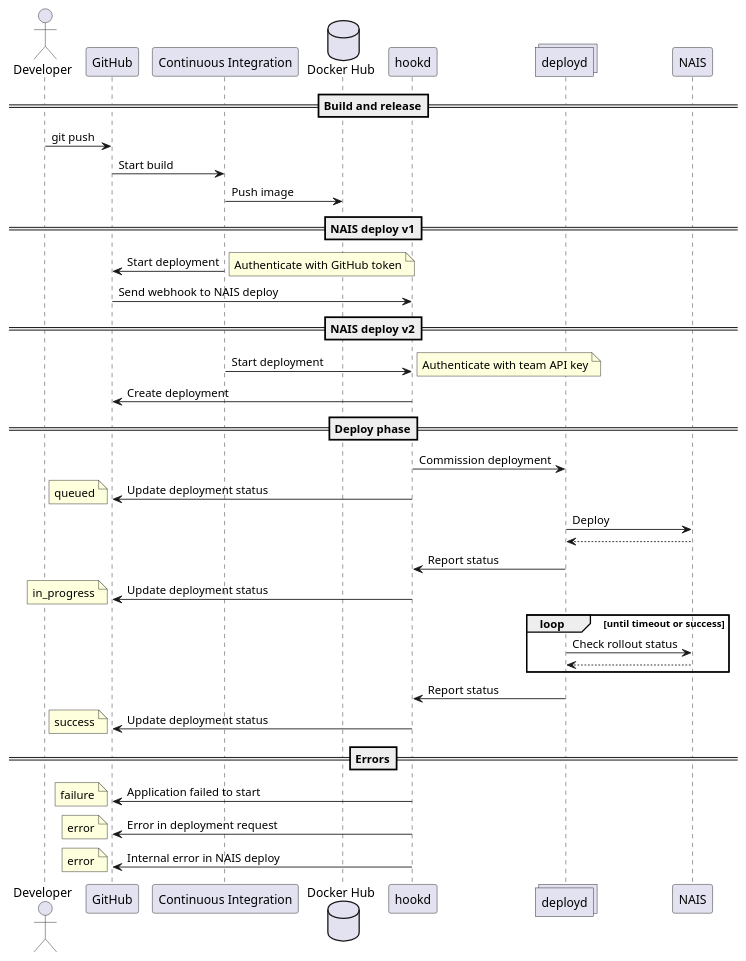
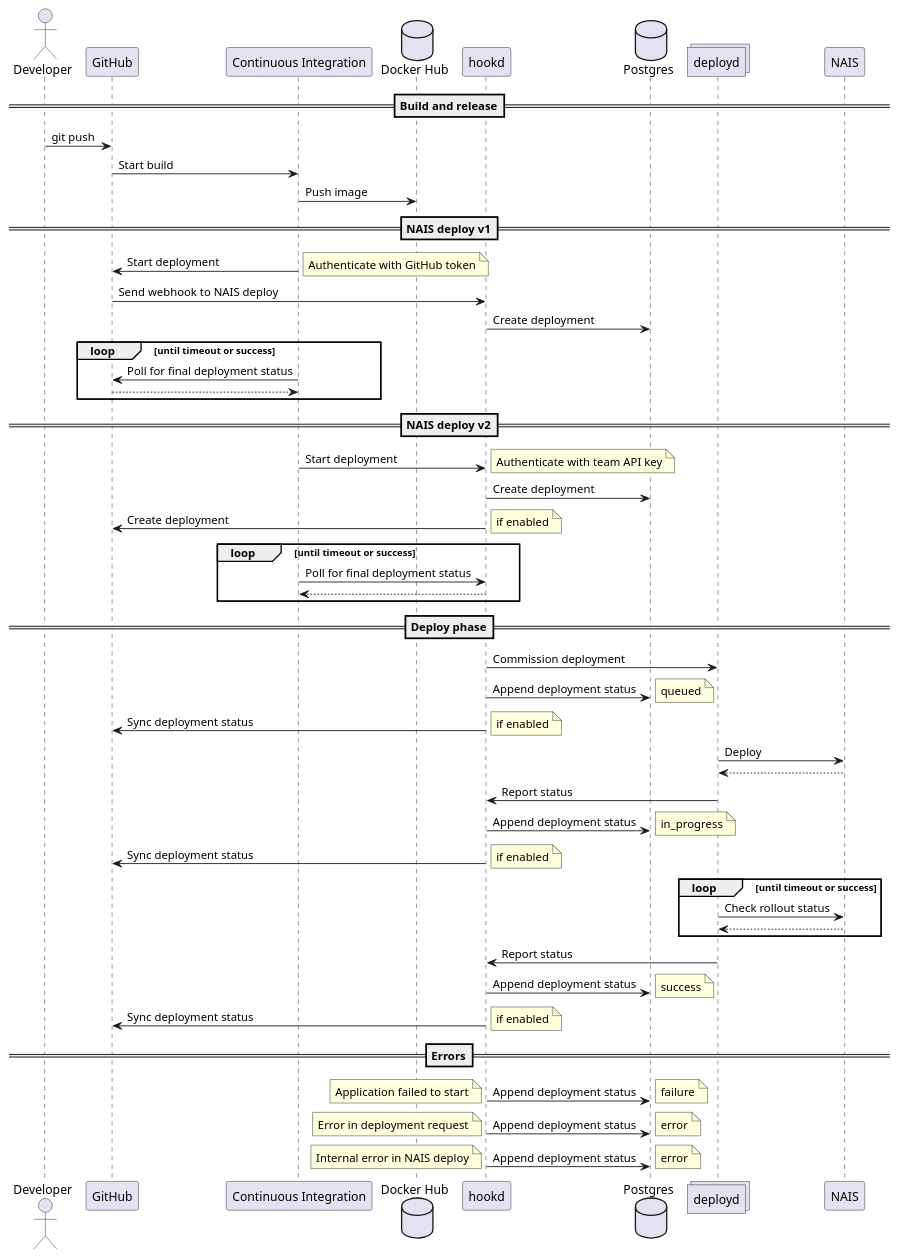
One commit to nais/deploy changed the diagram in doc/sequence.puml. Above: the diagram before and after it, drawn with PlantUML. The commit also changed 1 other file, not shown here.

Commit message:
update sequence diagram

```diff
--- a/doc/sequence.puml
+++ b/doc/sequence.puml
@@ -1,53 +1,76 @@
 @startuml component
 
 actor developer as "Developer"
 participant github as "GitHub"
 participant ci as "Continuous Integration"
 database registry as "Docker Hub"
 participant hookd
+database db as "Postgres"
 collections deployd
 participant kubernetes as "NAIS"
 
 ==Build and release==
 developer -> github: git push
 github -> ci: Start build
 ci -> registry: Push image
 
 ==NAIS deploy v1==
 ci -> github: Start deployment
 note right: Authenticate with GitHub token
 github -> hookd: Send webhook to NAIS deploy
+hookd -> db: Create deployment
+
+loop until timeout or success
+	ci -> github: Poll for final deployment status
+	github --> ci
+end
 
 ==NAIS deploy v2==
 ci -> hookd: Start deployment
 note right: Authenticate with team API key
+hookd -> db: Create deployment
 hookd -> github: Create deployment
+note right: if enabled
+
+loop until timeout or success
+	ci -> hookd: Poll for final deployment status
+	hookd --> ci
+end
 
 ==Deploy phase==
 hookd -> deployd: Commission deployment
-hookd -> github: Update deployment status
-note left: queued
+hookd -> db: Append deployment status
+note right: queued
+hookd -> github: Sync deployment status
+note right: if enabled
 deployd -> kubernetes: Deploy
 kubernetes --> deployd
 deployd -> hookd: Report status
-hookd -> github: Update deployment status
-note left: in_progress
+hookd -> db: Append deployment status
+note right: in_progress
+hookd -> github: Sync deployment status
+note right: if enabled
 
 loop until timeout or success
 	deployd -> kubernetes: Check rollout status
 	kubernetes --> deployd
 end
 
 deployd -> hookd: Report status
-hookd -> github: Update deployment status
-note left: success
+hookd -> db: Append deployment status
+note right: success
+hookd -> github: Sync deployment status
+note right: if enabled
 
 ==Errors==
-hookd -> github: Application failed to start
-note left: failure
-hookd -> github: Error in deployment request
-note left: error
-hookd -> github: Internal error in NAIS deploy
-note left: error
+hookd -> db:  Append deployment status
+note left: Application failed to start
+note right: failure
+hookd -> db:  Append deployment status
+note left: Error in deployment request
+note right: error
+hookd -> db:  Append deployment status
+note left: Internal error in NAIS deploy
+note right: error
 
 @enduml
```
